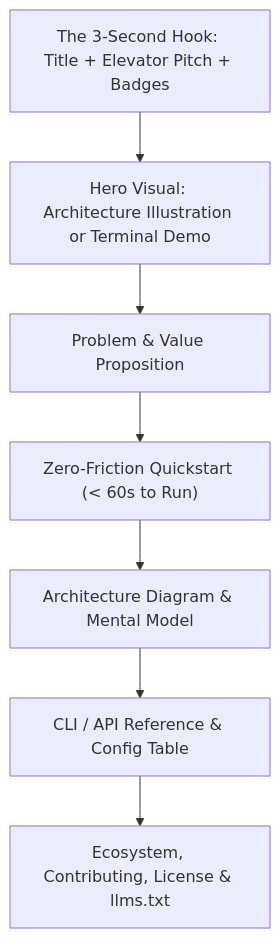
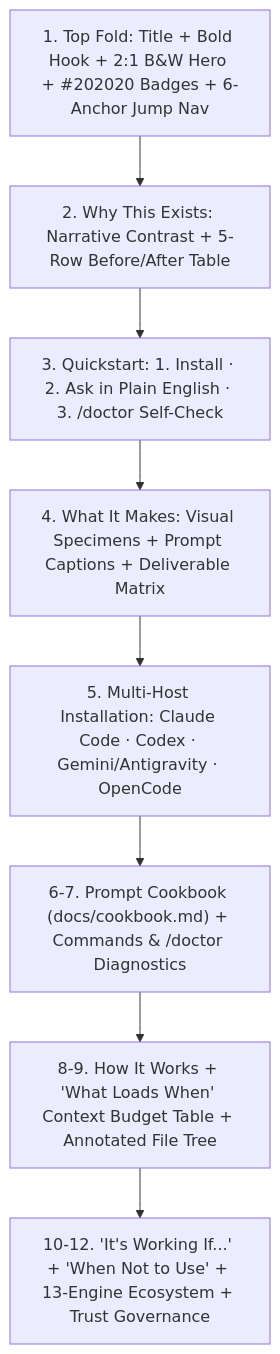
The diagram in knowledge/readme/repository-readme-architecture.md (jangtrinh/design-os-github-page), drawn with Mermaid before and after one commit. The commit also changed other lines of this file and 21 other files, not shown here.

````diff
--- a/knowledge/readme/repository-readme-architecture.md
+++ b/knowledge/readme/repository-readme-architecture.md
@@ -25,11 +25,12 @@
 ```mermaid
 flowchart TD
-    Hook["The 3-Second Hook: Title + Elevator Pitch + Badges"]
-    Hero["Hero Visual: Architecture Illustration or Terminal Demo"]
-    Problem["Problem & Value Proposition"]
-    Quickstart["Zero-Friction Quickstart (< 60s to Run)"]
-    Arch["Architecture Diagram & Mental Model"]
-    API["CLI / API Reference & Config Table"]
-    Ecosystem["Ecosystem, Contributing, License & llms.txt"]
-    Hook --> Hero --> Problem --> Quickstart --> Arch --> API --> Ecosystem
+    Hook["1. Top Fold: Title + Bold Hook + 2:1 B&W Hero + #202020 Badges + 6-Anchor Jump Nav"]
+    Why["2. Why This Exists: Narrative Contrast + 5-Row Before/After Table"]
+    Quick["3. Quickstart: 1. Install · 2. Ask in Plain English · 3. /doctor Self-Check"]
+    Makes["4. What It Makes: Visual Specimens + Prompt Captions + Deliverable Matrix"]
+    Install["5. Multi-Host Installation: Claude Code · Codex · Gemini/Antigravity · OpenCode"]
+    Cookbook["6-7. Prompt Cookbook (docs/cookbook.md) + Commands & /doctor Diagnostics"]
+    Arch["8-9. How It Works + 'What Loads When' Context Budget Table + Annotated File Tree"]
+    Bar["10-12. 'It's Working If...' + 'When Not to Use' + 13-Engine Ecosystem + Trust Governance"]
+    Hook --> Why --> Quick --> Makes --> Install --> Cookbook --> Arch --> Bar
 ```
````
